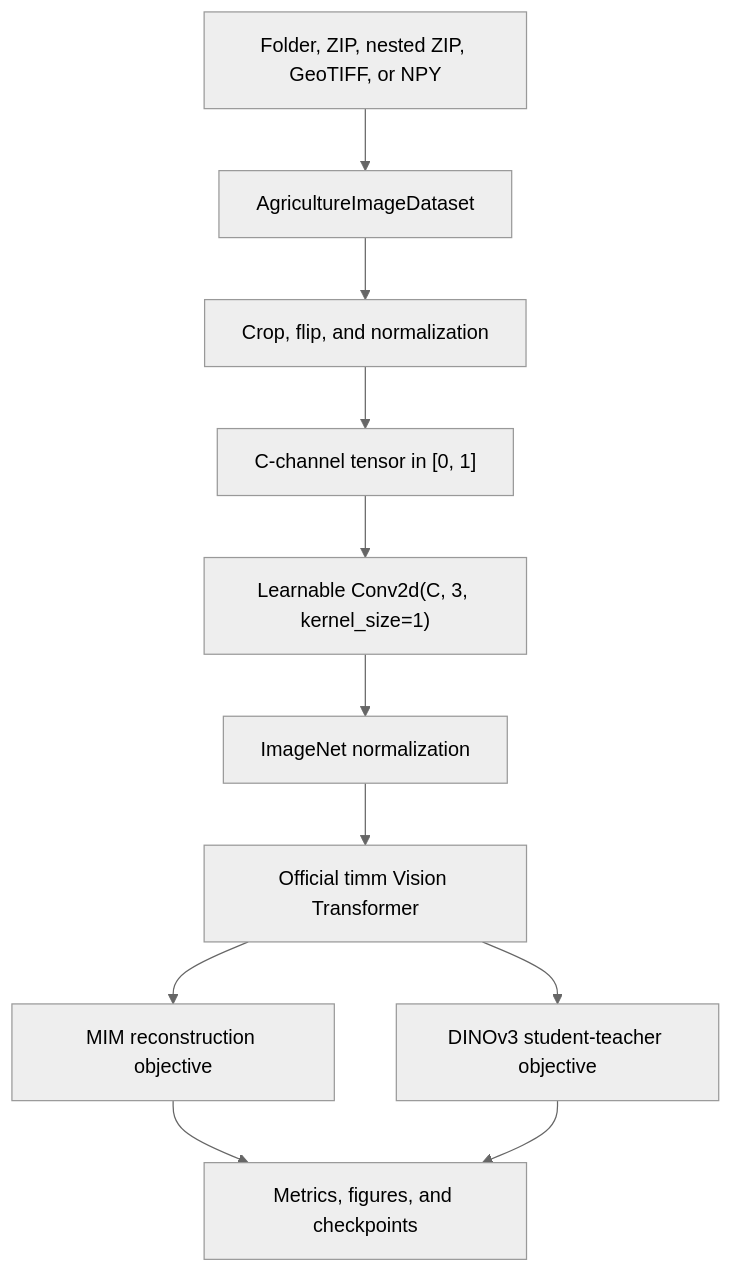
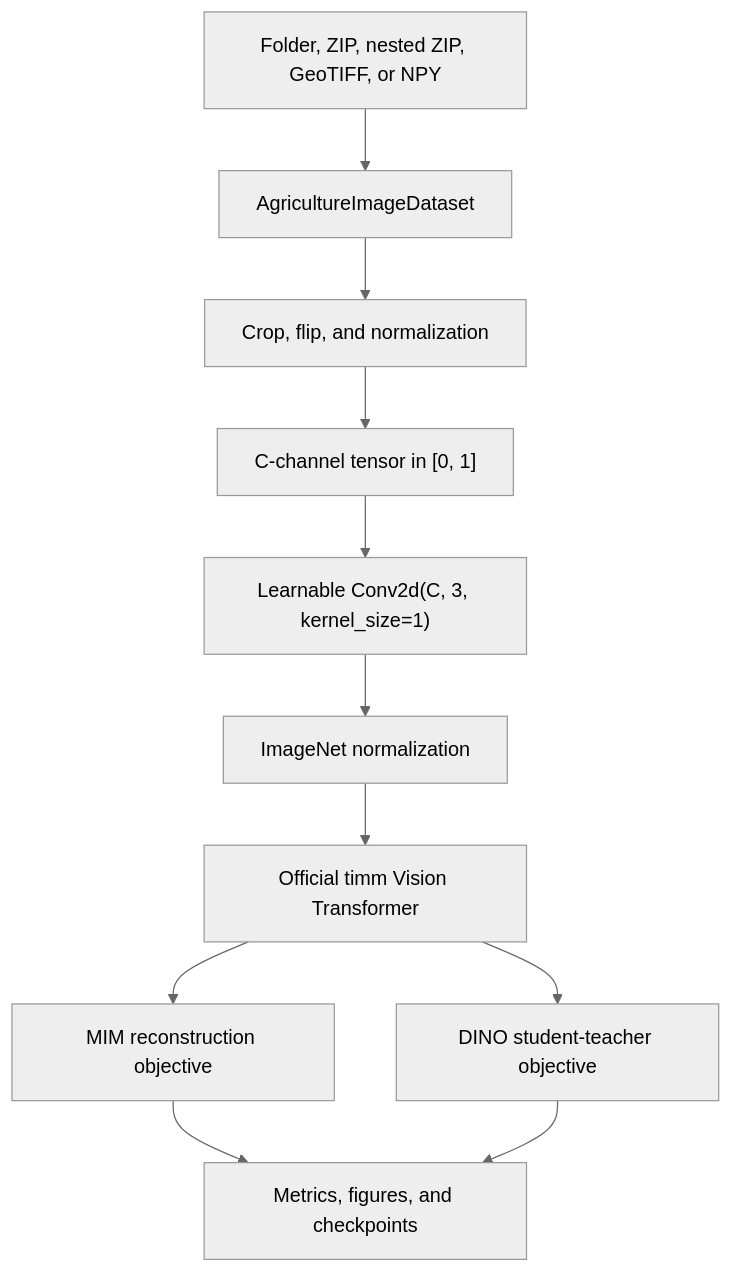
One commit to bappy451/AG-Foundational-Model changed the diagram in docs/architecture.md. Above: the diagram before and after it, drawn with Mermaid (neutral theme). The commit also changed other lines of this file and 35 other files, not shown here.

````diff
--- a/docs/architecture.md
+++ b/docs/architecture.md
@@ -8,13 +8,13 @@
 ```mermaid
 flowchart TD
   A["Folder, ZIP, nested ZIP, GeoTIFF, or NPY"] --> B["AgricultureImageDataset"]
   B --> C["Crop, flip, and normalization"]
   C --> D["C-channel tensor in [0, 1]"]
   D --> E["Learnable Conv2d(C, 3, kernel_size=1)"]
   E --> F["ImageNet normalization"]
   F --> G["Official timm Vision Transformer"]
   G --> H["MIM reconstruction objective"]
-  G --> I["DINOv3 student-teacher objective"]
+  G --> I["DINO student-teacher objective"]
   H --> J["Metrics, figures, and checkpoints"]
   I --> J
 ```
````
